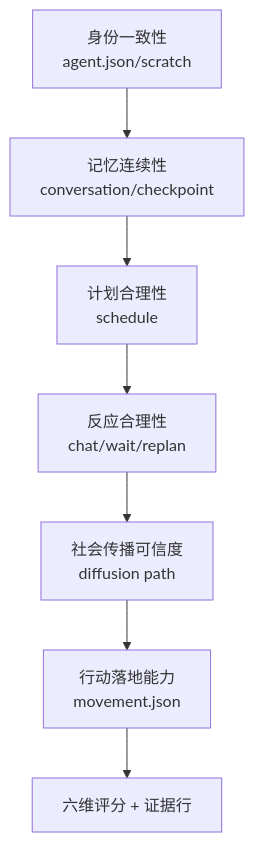
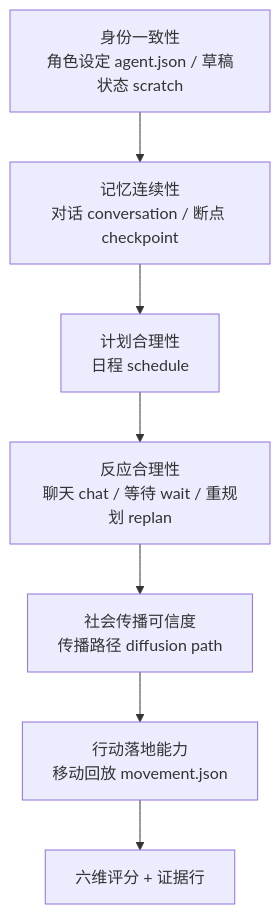
The first of 7 diagrams in docs/book/manuscript/part_04/chapter_29.md (tbkken/GenerativeAgentsCN), drawn with Mermaid before and after one commit. The commit also changed other lines of this file and 2 other files, not shown here.

````diff
--- a/docs/book/manuscript/part_04/chapter_29.md
+++ b/docs/book/manuscript/part_04/chapter_29.md
@@ -38,9 +38,9 @@
 ```mermaid
 flowchart TD
-    Persona[身份一致性<br/>agent.json/scratch] --> Memory[记忆连续性<br/>conversation/checkpoint]
-    Memory --> Plan[计划合理性<br/>schedule]
-    Plan --> Reaction[反应合理性<br/>chat/wait/replan]
-    Reaction --> Social[社会传播可信度<br/>diffusion path]
-    Social --> Action[行动落地能力<br/>movement.json]
+    Persona[身份一致性<br/>角色设定 agent.json / 草稿状态 scratch] --> Memory[记忆连续性<br/>对话 conversation / 断点 checkpoint]
+    Memory --> Plan[计划合理性<br/>日程 schedule]
+    Plan --> Reaction[反应合理性<br/>聊天 chat / 等待 wait / 重规划 replan]
+    Reaction --> Social[社会传播可信度<br/>传播路径 diffusion path]
+    Social --> Action[行动落地能力<br/>移动回放 movement.json]
     Action --> Score[六维评分 + 证据行]
 ```
````
